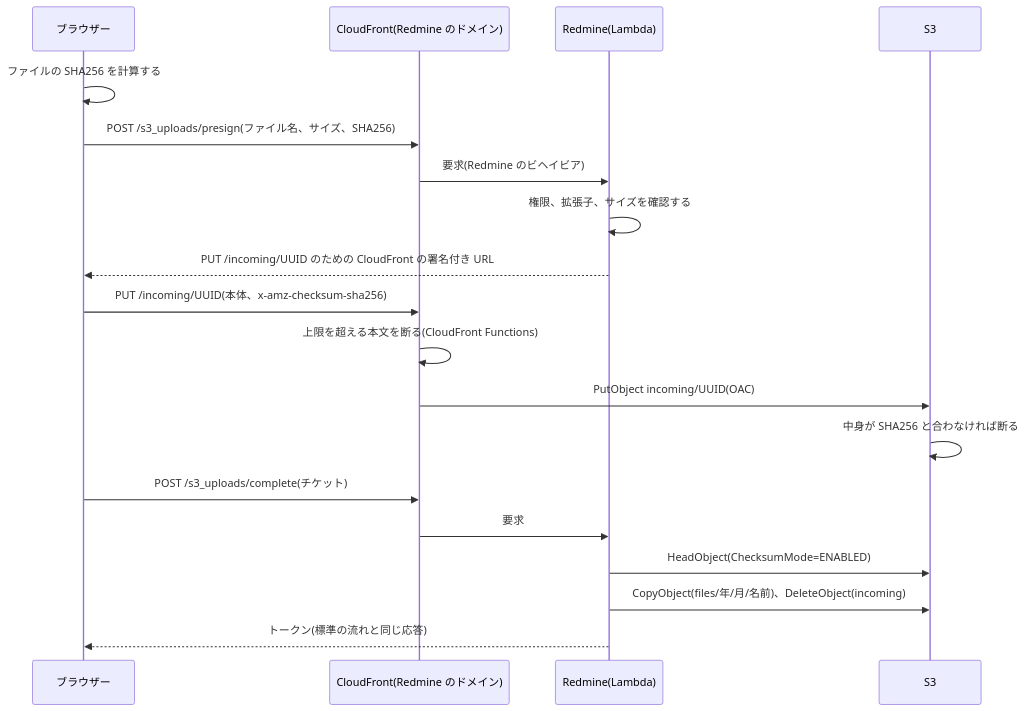
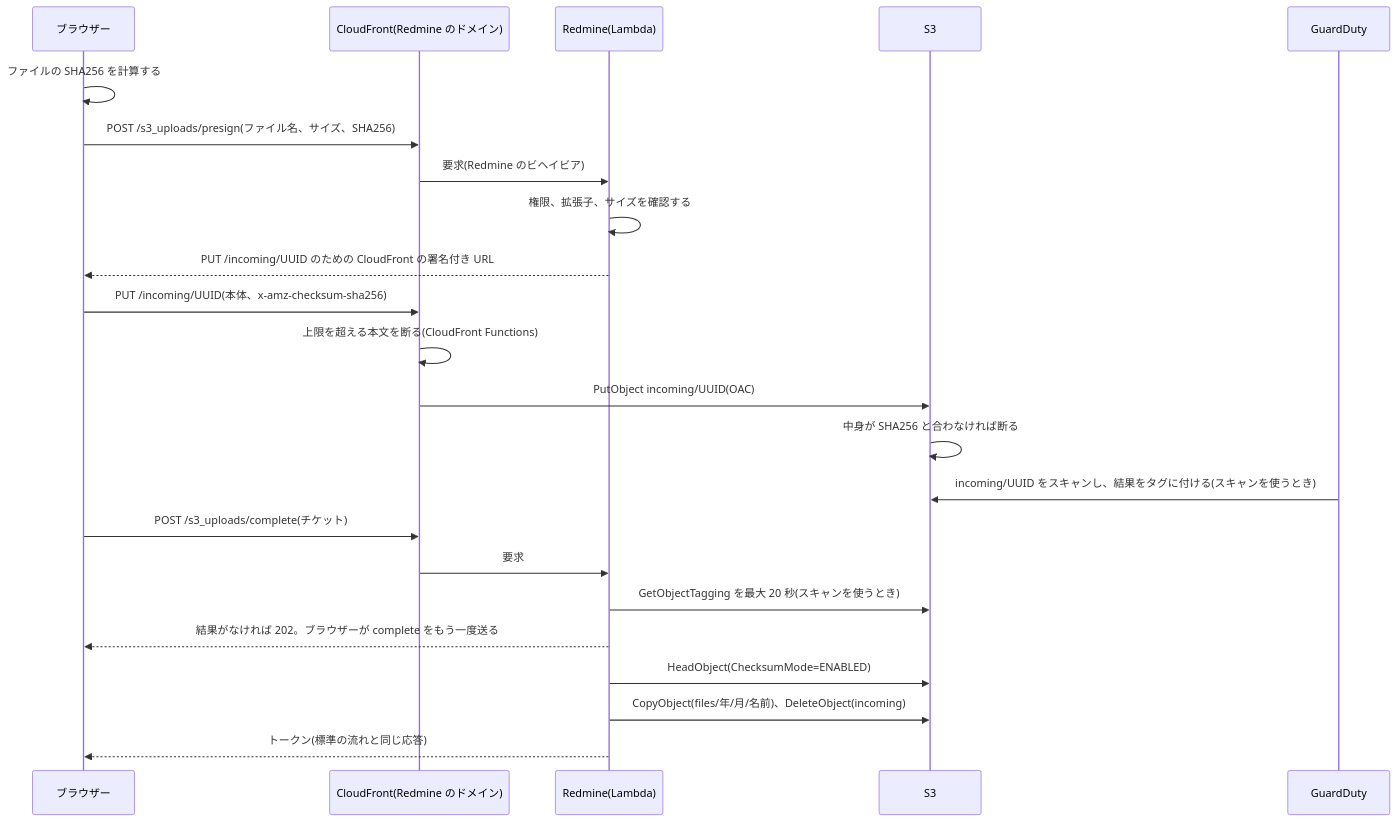
One commit to redmine-kit/redmine_aws_s3 changed the first of 3 diagrams in docs/ja/attachments.md. Above: the diagram before and after it, drawn with Mermaid. The commit also changed other lines of this file and 12 other files, not shown here.

````diff
--- a/docs/ja/attachments.md
+++ b/docs/ja/attachments.md
@@ -84,21 +84,25 @@
 ```mermaid
 sequenceDiagram
   participant B as ブラウザー
   participant C as CloudFront(Redmine のドメイン)
   participant R as Redmine(Lambda)
   participant S as S3
+  participant G as GuardDuty
   B->>B: ファイルの SHA256 を計算する
   B->>C: POST /s3_uploads/presign(ファイル名、サイズ、SHA256)
   C->>R: 要求(Redmine のビヘイビア)
   R->>R: 権限、拡張子、サイズを確認する
   R-->>B: PUT /incoming/UUID のための CloudFront の署名付き URL
   B->>C: PUT /incoming/UUID(本体、x-amz-checksum-sha256)
   C->>C: 上限を超える本文を断る(CloudFront Functions)
   C->>S: PutObject incoming/UUID(OAC)
   S->>S: 中身が SHA256 と合わなければ断る
+  G->>S: incoming/UUID をスキャンし、結果をタグに付ける(スキャンを使うとき)
   B->>C: POST /s3_uploads/complete(チケット)
   C->>R: 要求
+  R->>S: GetObjectTagging を最大 20 秒(スキャンを使うとき)
+  R-->>B: 結果がなければ 202。ブラウザーが complete をもう一度送る
   R->>S: HeadObject(ChecksumMode=ENABLED)
   R->>S: CopyObject(files/年/月/名前)、DeleteObject(incoming)
   R-->>B: トークン(標準の流れと同じ応答)
 ```
````
